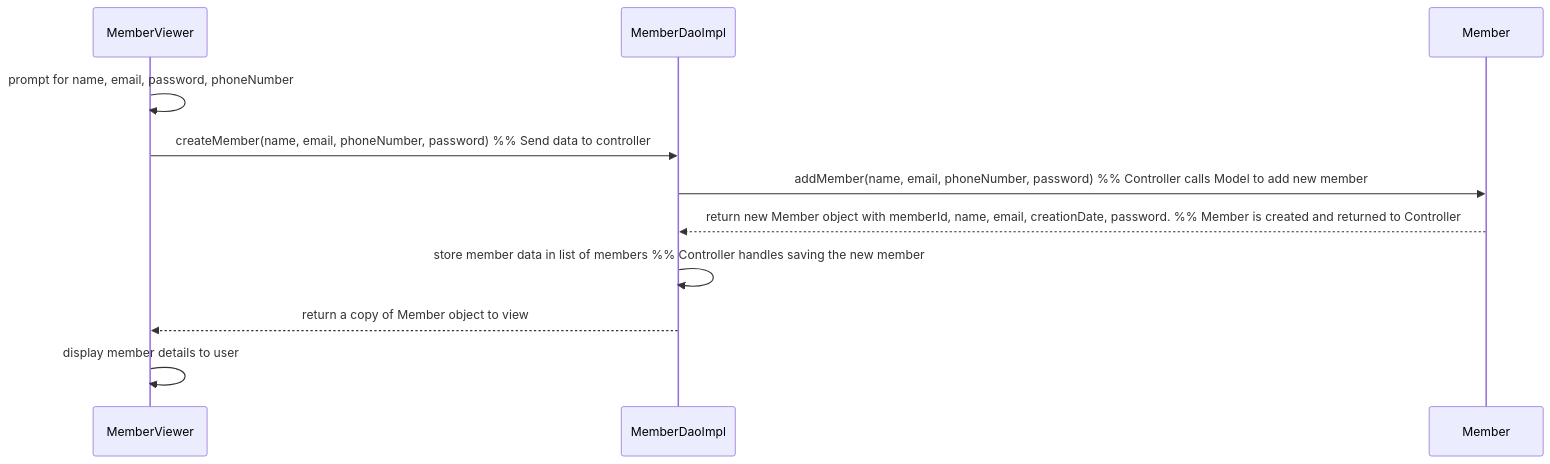
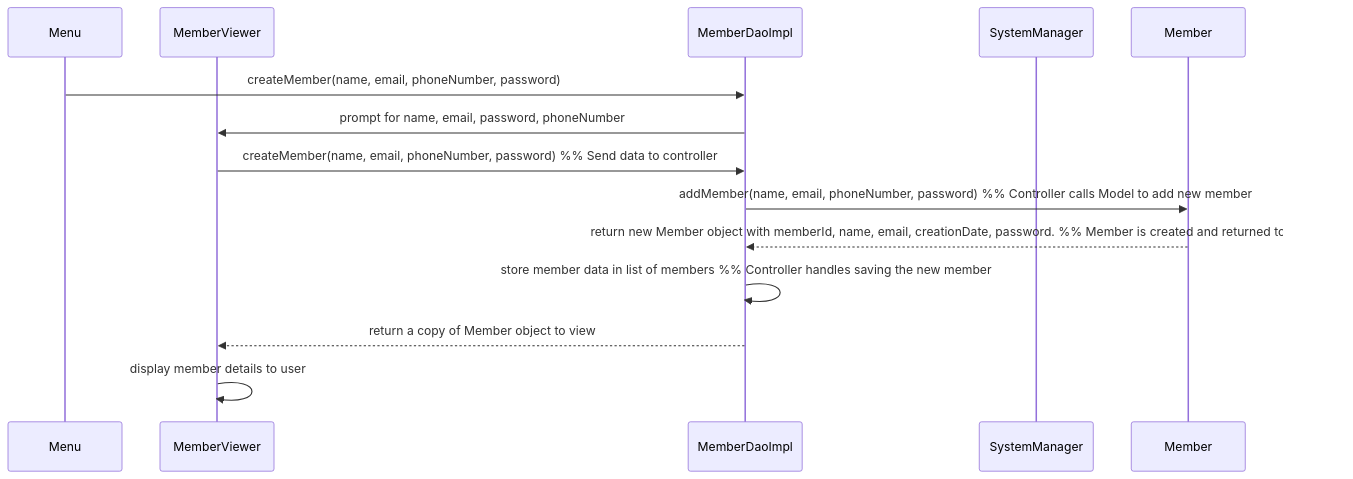
Before and after one commit to ashkar99/Stuff-Lending-System: the fifth of 5 diagrams in design.md, drawn with Mermaid.

Commit message:
Update file design.md

`````diff
--- a/design.md
+++ b/design.md
@@ -413,18 +413,21 @@
 ```mermaid
 sequenceDiagram
+    participant Menu as Menu
     participant MV as MemberViewer
     participant MC as MemberDaoImpl
+    participant SM as SystemManager
     participant M as Member
 
     %% Scenario: Add a new third member with user input and database interaction
-    MV->>MV: prompt for name, email, password, phoneNumber
+    Menu->>MC: createMember(name, email, phoneNumber, password)
+    MC->>MV: prompt for name, email, password, phoneNumber
     MV->>MC: createMember(name, email, phoneNumber, password)  %% Send data to controller
 
     MC->>M: addMember(name, email, phoneNumber, password)   %% Controller calls Model to add new member
     M-->>MC: return new Member object with memberId, name, email, creationDate, password.  %% Member is created and returned to Controller
 
     MC->>MC: store member data in list of members  %% Controller handles saving the new member
     
     MC-->>MV: return a copy of Member object to view
     MV->>MV: display member details to user
 ````
`````
